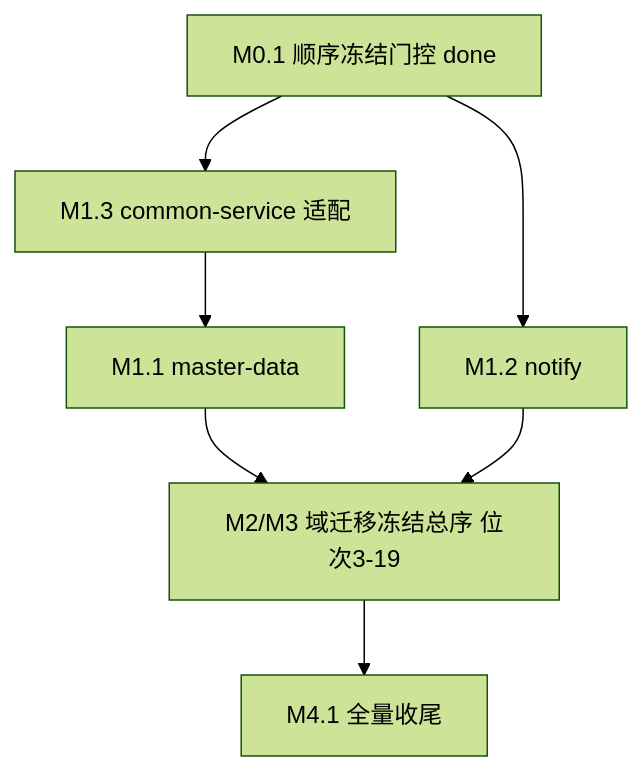
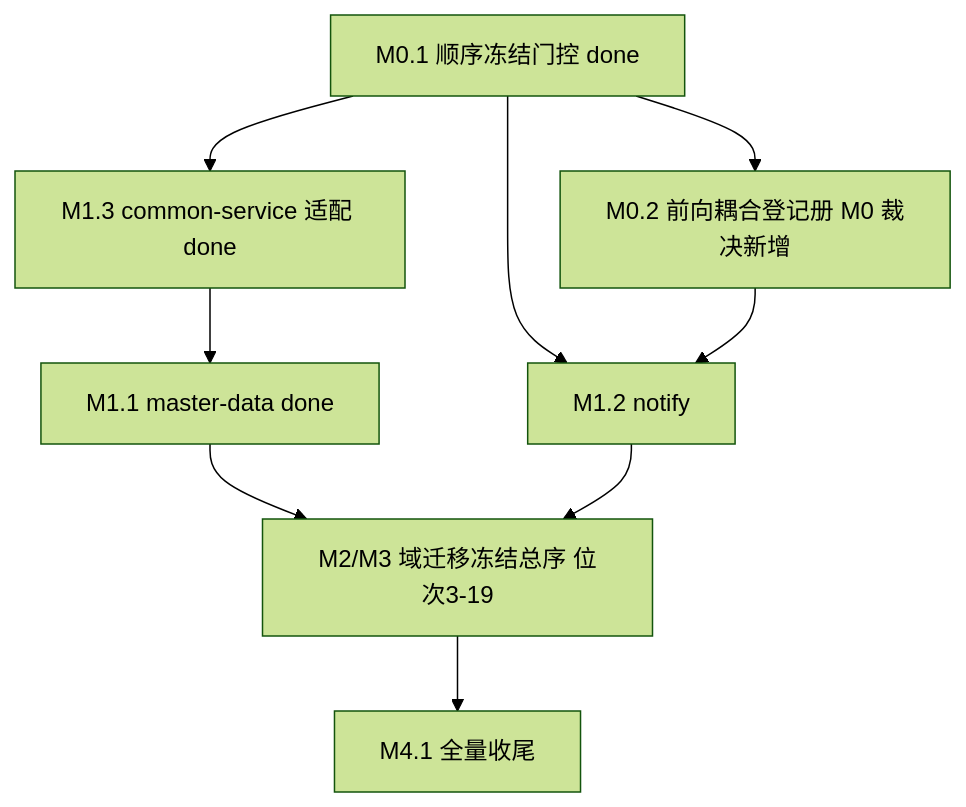
Before and after one commit to entropy-cloud/nop-app-erp: the diagram in docs/backlog/id-string-migration-roadmap.md, drawn with Mermaid (forest theme). The commit also changed other lines of this file and 6 other files, not shown here.

First line of the commit message:
docs(id-string-migration): plan-2026-08-21-1045 docs/audit/roadmap/log update（M1.1 done，先导试点判据 D6 成立）

````diff
--- a/docs/backlog/id-string-migration-roadmap.md
+++ b/docs/backlog/id-string-migration-roadmap.md
@@ -123,9 +124,11 @@
 ```mermaid
 graph TD
-    M0[M0.1 顺序冻结门控 done] --> M1_3[M1.3 common-service 适配]
-    M1_3 --> M1_1[M1.1 master-data]
+    M0[M0.1 顺序冻结门控 done] --> M1_3[M1.3 common-service 适配 done]
+    M1_3 --> M1_1[M1.1 master-data done]
+    M0 --> M0_2[M0.2 前向耦合登记册 M0 裁决新增]
     M0 --> M1_2[M1.2 notify]
+    M0_2 --> M1_2
     M1_1 --> SEQ[M2/M3 域迁移冻结总序 位次3-19]
     M1_2 --> SEQ
     SEQ --> M4[M4.1 全量收尾]
 ```
````
